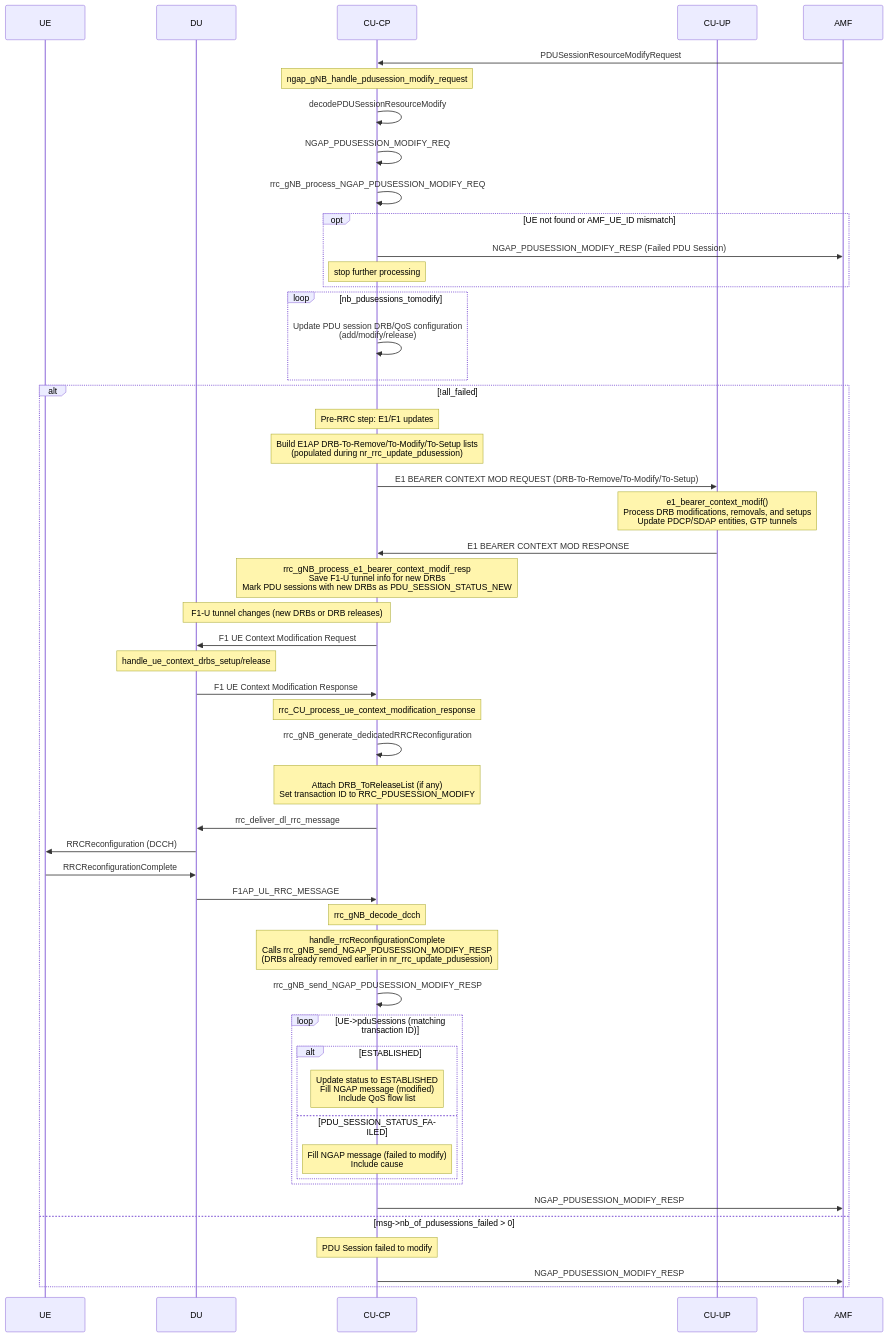
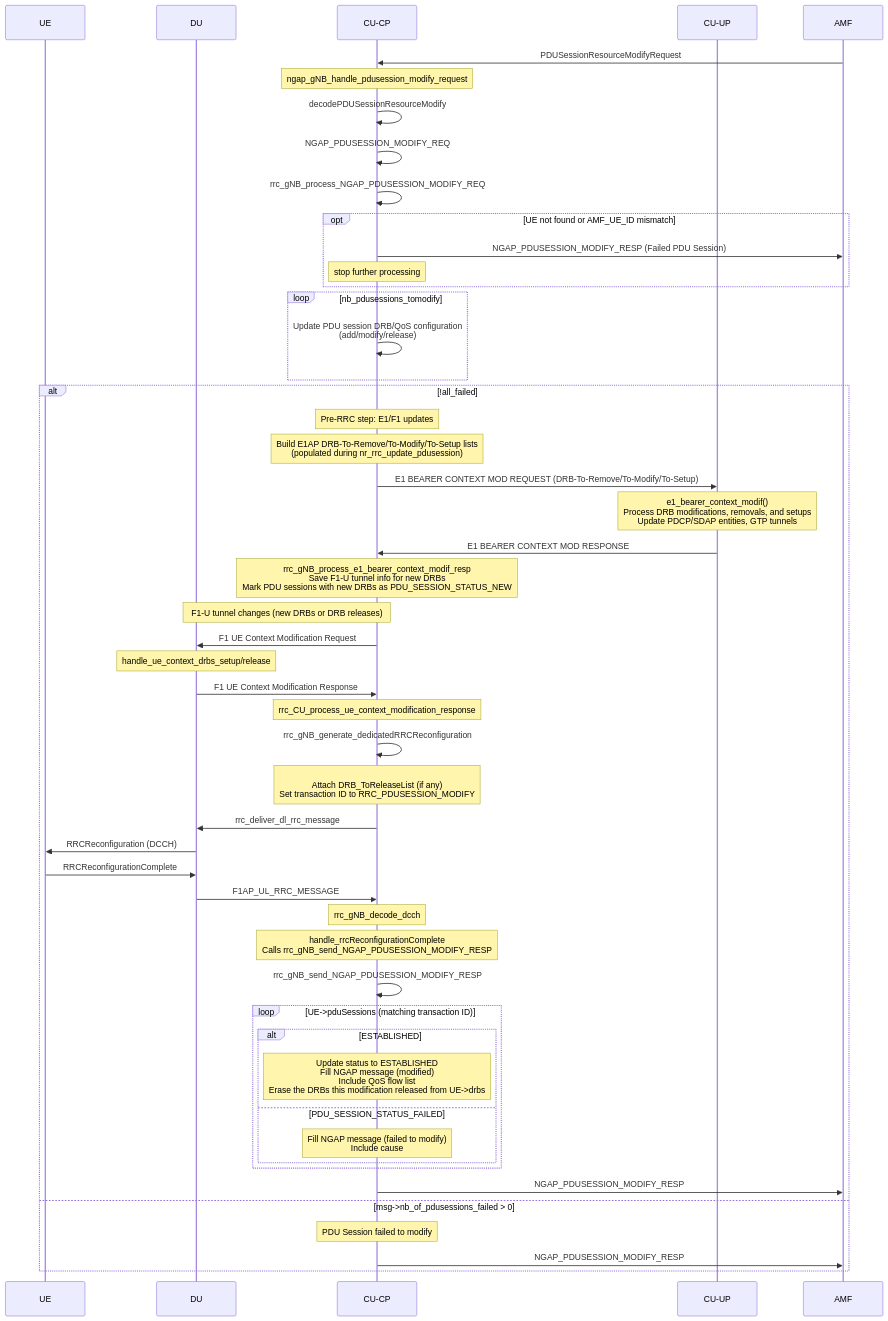
Before and after one commit to duranta-project/openairinterface5g: the sixth of 16 diagrams in doc/RRC/rrc-dev.md, drawn with Mermaid.

Commit message:
rrc-dev.md: update the PDU session modification sequence
The diagram said DRBs were "already removed earlier in
nr_rrc_update_pdusession", which the preceding commits changed: a DRB left
with no QoS flow is now put in the E1 DRB-To-Remove list but kept in UE->drbs,
so the F1 UE Context Modification and the RRC Reconfiguration can still be
built from it, and erased once the procedure completes.

Drop that, and show the erase where it now happens, in
rrc_gNB_send_NGAP_PDUSESSION_MODIFY_RESP.

That is the same order the PDU session release sequence below already
documents.

````diff
--- a/doc/RRC/rrc-dev.md
+++ b/doc/RRC/rrc-dev.md
@@ -254,58 +254,58 @@
 ```mermaid
 sequenceDiagram
     participant UE
     participant DU
     participant CUCP as CU-CP
     participant CUUP as CU-UP
     participant AMF
 
     AMF->>CUCP: PDUSessionResourceModifyRequest
     Note over CUCP: ngap_gNB_handle_pdusession_modify_request
     CUCP->>CUCP: decodePDUSessionResourceModify
     CUCP->>CUCP: NGAP_PDUSESSION_MODIFY_REQ
     CUCP->>CUCP: rrc_gNB_process_NGAP_PDUSESSION_MODIFY_REQ
     opt UE not found or AMF_UE_ID mismatch
         CUCP->>AMF: NGAP_PDUSESSION_MODIFY_RESP (Failed PDU Session)
         Note over CUCP: stop further processing
     end
 
     loop nb_pdusessions_tomodify
         CUCP->>CUCP: Update PDU session DRB/QoS configuration<br/>(add/modify/release)
     end
 
     alt !all_failed
         Note over CUCP: Pre-RRC step: E1/F1 updates
         Note over CUCP: Build E1AP DRB-To-Remove/To-Modify/To-Setup lists<br/>(populated during nr_rrc_update_pdusession)
         CUCP->>CUUP: E1 BEARER CONTEXT MOD REQUEST (DRB-To-Remove/To-Modify/To-Setup)
         Note over CUUP: e1_bearer_context_modif()<br/>Process DRB modifications, removals, and setups<br/>Update PDCP/SDAP entities, GTP tunnels
         CUUP->>CUCP: E1 BEARER CONTEXT MOD RESPONSE
         Note over CUCP: rrc_gNB_process_e1_bearer_context_modif_resp<br/>Save F1-U tunnel info for new DRBs<br/>Mark PDU sessions with new DRBs as PDU_SESSION_STATUS_NEW
         Note over CUCP, DU: F1-U tunnel changes (new DRBs or DRB releases)
         CUCP->>DU: F1 UE Context Modification Request
         Note over DU: handle_ue_context_drbs_setup/release
         DU->>CUCP: F1 UE Context Modification Response
         Note over CUCP: rrc_CU_process_ue_context_modification_response
         CUCP->>CUCP: rrc_gNB_generate_dedicatedRRCReconfiguration
 
         Note over CUCP: <br/>Attach DRB_ToReleaseList (if any)<br/>Set transaction ID to RRC_PDUSESSION_MODIFY
         CUCP->>DU: rrc_deliver_dl_rrc_message
         DU->>UE: RRCReconfiguration (DCCH)
         UE->>DU: RRCReconfigurationComplete
         DU->>CUCP: F1AP_UL_RRC_MESSAGE
         Note over CUCP: rrc_gNB_decode_dcch
-        Note over CUCP: handle_rrcReconfigurationComplete<br/>Calls rrc_gNB_send_NGAP_PDUSESSION_MODIFY_RESP<br/>(DRBs already removed earlier in nr_rrc_update_pdusession)
+        Note over CUCP: handle_rrcReconfigurationComplete<br/>Calls rrc_gNB_send_NGAP_PDUSESSION_MODIFY_RESP
 
         CUCP->>CUCP: rrc_gNB_send_NGAP_PDUSESSION_MODIFY_RESP
         loop UE->pduSessions (matching transaction ID)
             alt ESTABLISHED
-                Note over CUCP: Update status to ESTABLISHED<br/>Fill NGAP message (modified)<br/>Include QoS flow list
+                Note over CUCP: Update status to ESTABLISHED<br/>Fill NGAP message (modified)<br/>Include QoS flow list<br/>Erase the DRBs this modification released from UE->drbs
             else PDU_SESSION_STATUS_FAILED
                 Note over CUCP: Fill NGAP message (failed to modify)<br/>Include cause
             end
         end
         CUCP->>AMF: NGAP_PDUSESSION_MODIFY_RESP
     else msg->nb_of_pdusessions_failed > 0
         Note over CUCP: PDU Session failed to modify
         CUCP->>AMF: NGAP_PDUSESSION_MODIFY_RESP
 end
 ```
````
